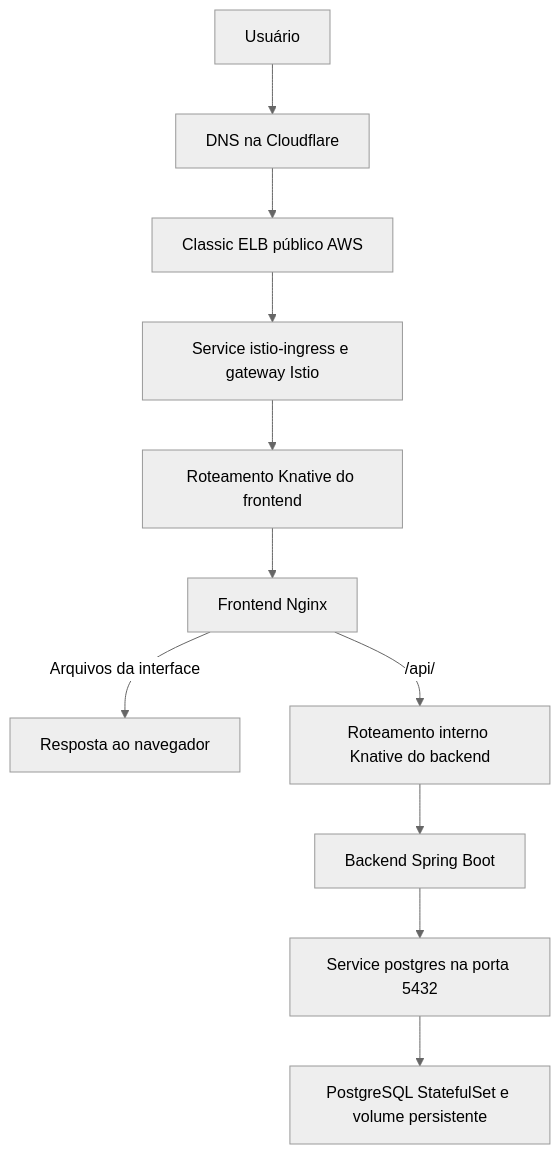
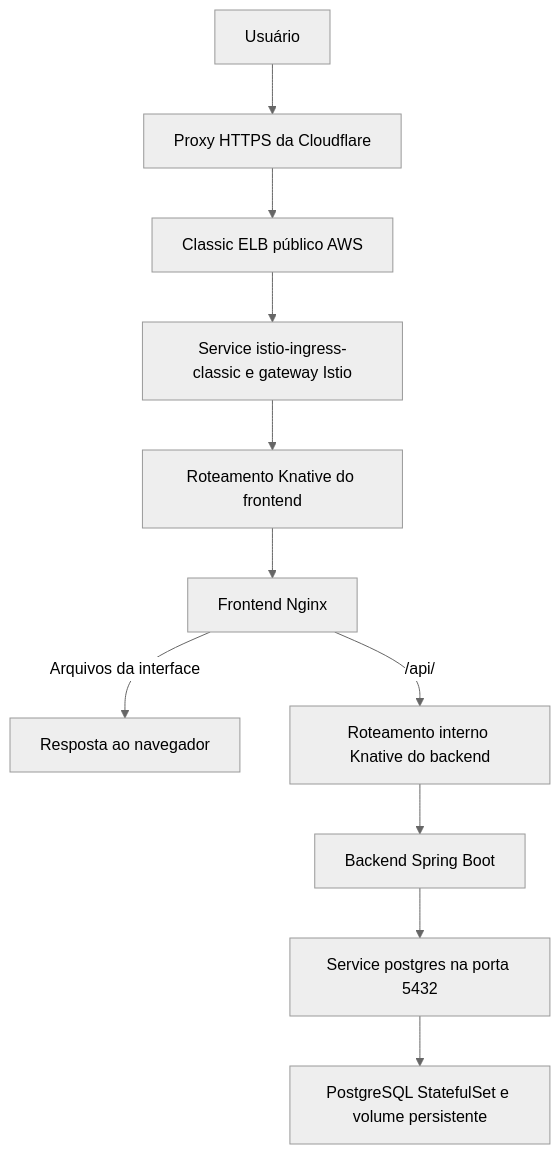
Before and after one commit to srjm23/Banco-srjm-k8s: the diagram in k8s/README.md, drawn with Mermaid (neutral theme). The commit also changed other lines of this file and 132 other files, not shown here.

````diff
--- a/k8s/README.md
+++ b/k8s/README.md
@@ -54,13 +47,13 @@
 ```mermaid
 flowchart TD
-    A[Usuário] --> B[DNS na Cloudflare]
+    A[Usuário] --> B[Proxy HTTPS da Cloudflare]
     B --> C[Classic ELB público AWS]
-    C --> D[Service istio-ingress e gateway Istio]
+    C --> D[Service istio-ingress-classic e gateway Istio]
     D --> E[Roteamento Knative do frontend]
     E --> F[Frontend Nginx]
     F -->|Arquivos da interface| G[Resposta ao navegador]
     F -->|/api/| H[Roteamento interno Knative do backend]
     H --> I[Backend Spring Boot]
     I --> J[Service postgres na porta 5432]
     J --> K[PostgreSQL StatefulSet e volume persistente]
 ```
````
